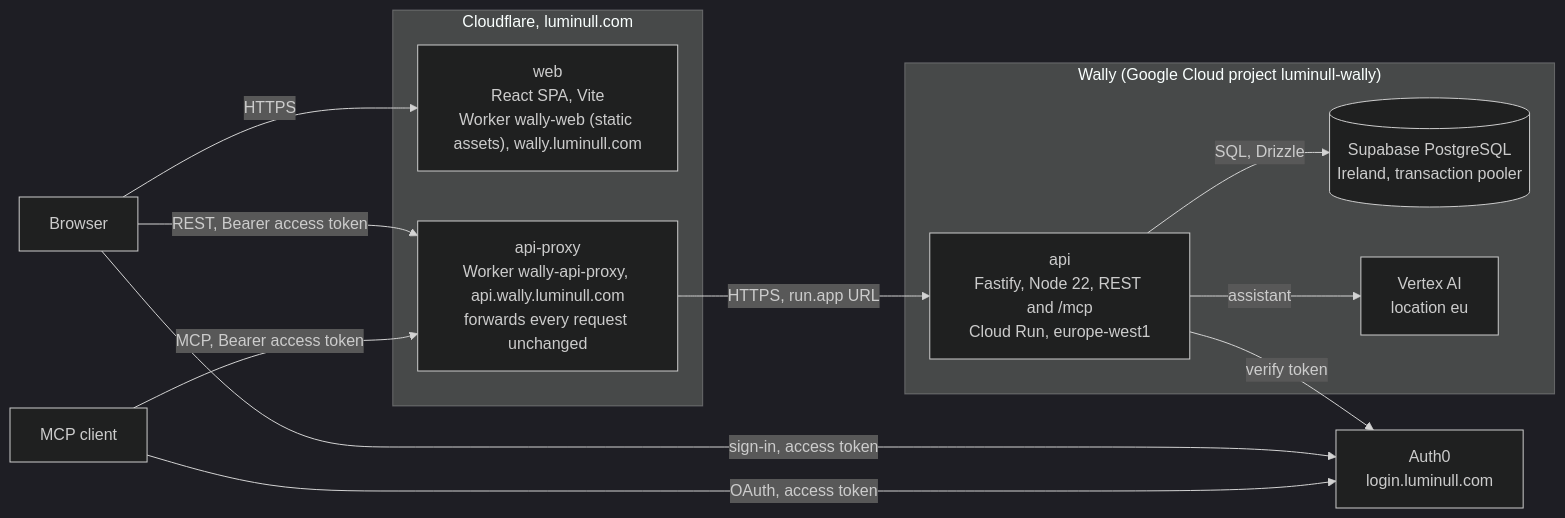
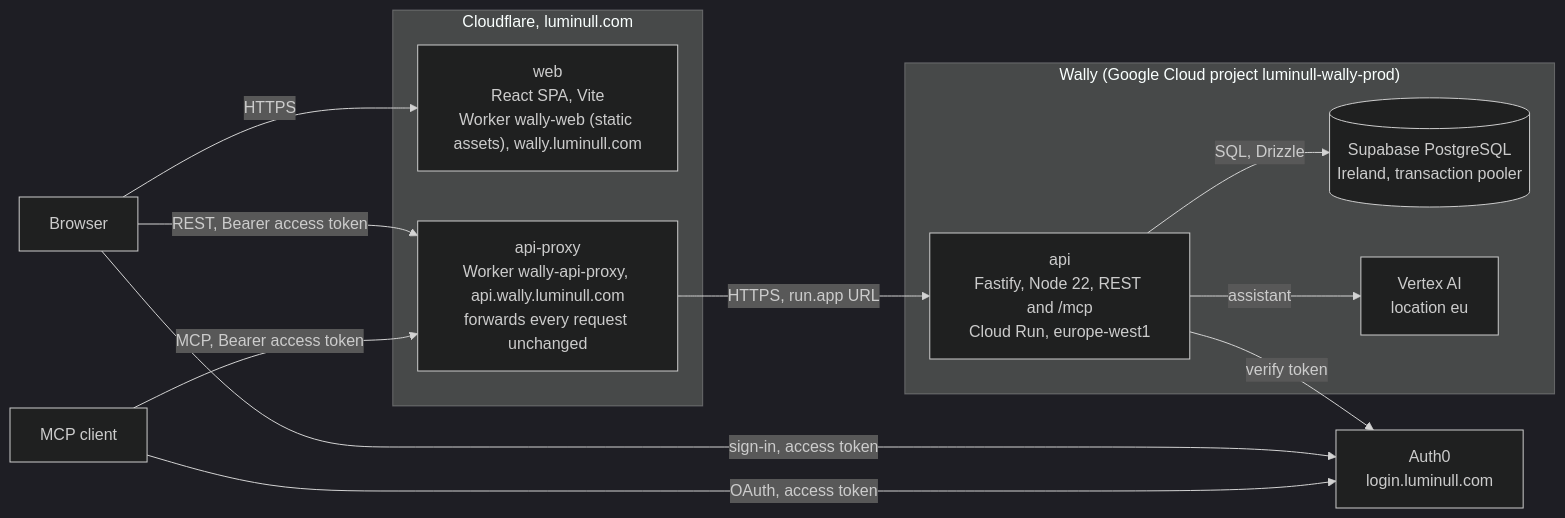
One commit to milad-luminull/wally changed the second of 2 diagrams in docs/architecture/overview.md. Above: the diagram before and after it, drawn with Mermaid (dark theme). The commit also changed 14 other files, not shown here.

First line of the commit message:
chore: retire luminull-wally — the old setup script and Cloud Build config removed, DEPLOY describes the Terraform setup (#122)

````diff
--- a/docs/architecture/overview.md
+++ b/docs/architecture/overview.md
@@ -33,24 +33,24 @@
 ```mermaid
 flowchart LR
   browser["Browser"]
   host["MCP client"]
   auth0["Auth0<br/>login.luminull.com"]
   subgraph edge["Cloudflare, luminull.com"]
     web["web<br/>React SPA, Vite<br/>Worker wally-web (static assets), wally.luminull.com"]
     proxy["api-proxy<br/>Worker wally-api-proxy, api.wally.luminull.com<br/>forwards every request unchanged"]
   end
-  subgraph wally["Wally (Google Cloud project luminull-wally)"]
+  subgraph wally["Wally (Google Cloud project luminull-wally-prod)"]
     api["api<br/>Fastify, Node 22, REST and /mcp<br/>Cloud Run, europe-west1"]
     store[("Supabase PostgreSQL<br/>Ireland, transaction pooler")]
     model["Vertex AI<br/>location eu"]
   end
   browser -->|HTTPS| web
   browser -->|sign-in, access token| auth0
   host -->|OAuth, access token| auth0
   browser -->|REST, Bearer access token| proxy
   host -->|MCP, Bearer access token| proxy
   proxy -->|HTTPS, run.app URL| api
   api -->|verify token| auth0
   api -->|SQL, Drizzle| store
   api -->|assistant| model
 ```
````
